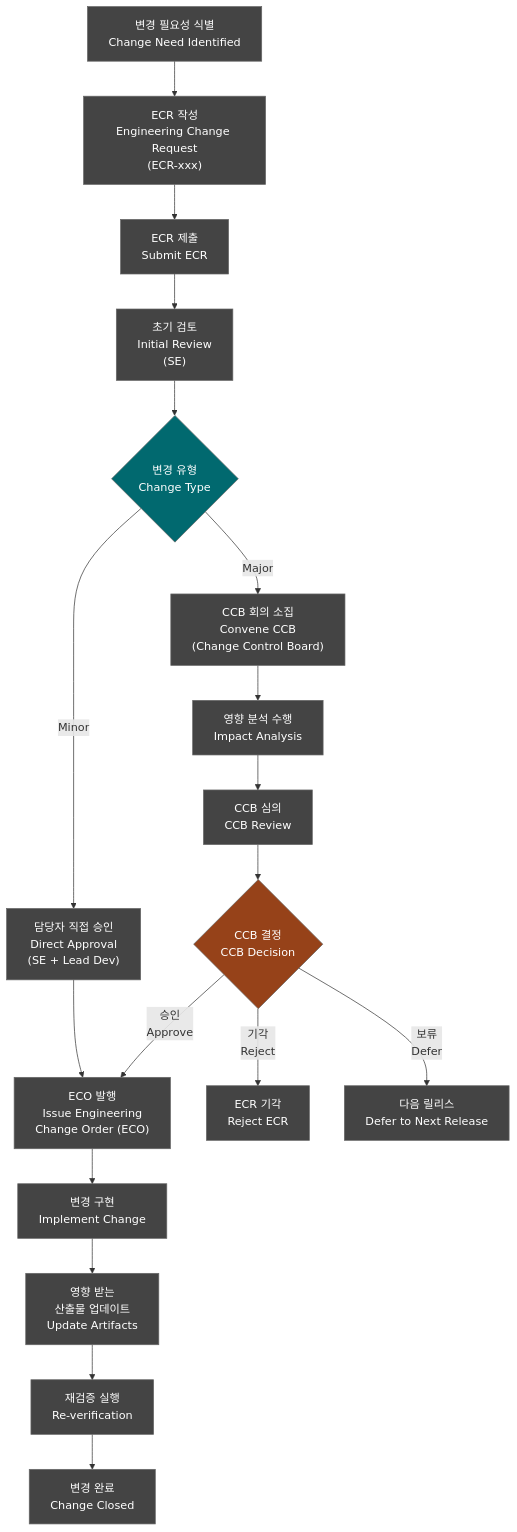
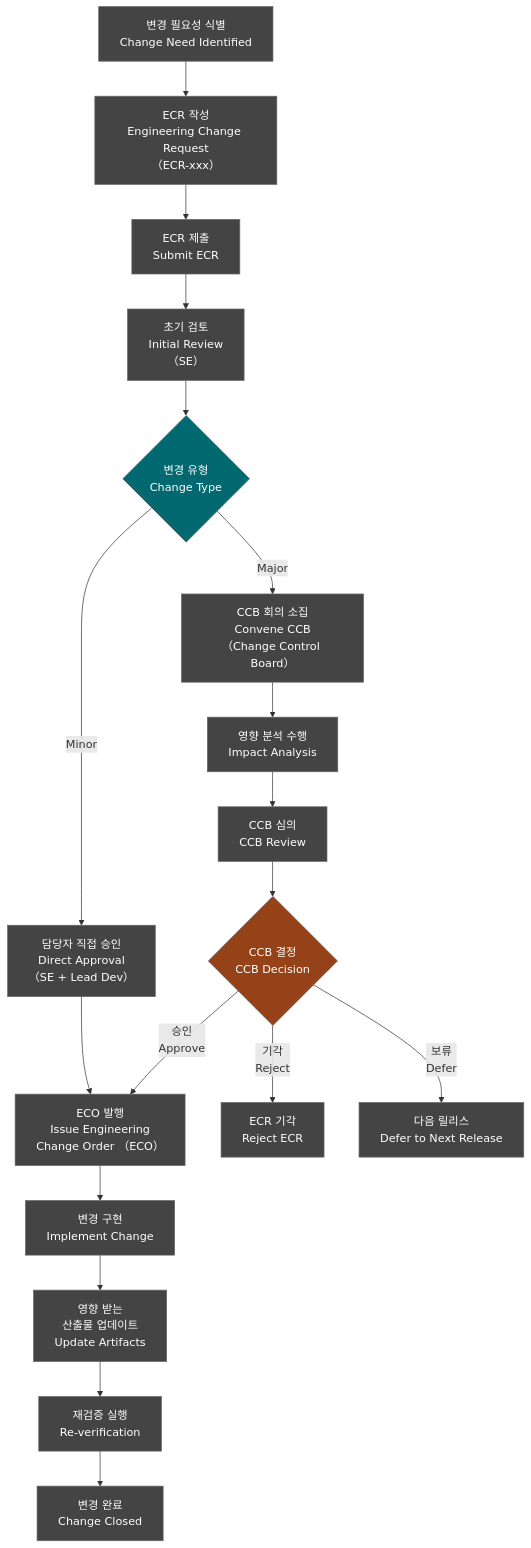
Before and after one commit to holee9/console-gui: diagram 14 of 15 in docs/management/DOC-003a_SW_Development_Procedure_v1.0.md, drawn with Mermaid. The commit also changed other lines of this file and 22 other files, not shown here.

First line of the commit message:
fix: Mermaid flowchart 노드 내 괄호 파싱 오류 전면 수정

````diff
--- a/docs/management/DOC-003a_SW_Development_Procedure_v1.0.md
+++ b/docs/management/DOC-003a_SW_Development_Procedure_v1.0.md
@@ -1251,24 +1251,24 @@
 ```mermaid
 flowchart TD
     classDef default fill:#444,stroke:#666,color:#fff
-    A["변경 필요성 식별\nChange Need Identified"] --> B["ECR 작성\nEngineering Change Request\n(ECR-xxx)"]
+    A["변경 필요성 식별\nChange Need Identified"] --> B["ECR 작성\nEngineering Change Request\n（ECR-xxx）"]
     B --> C["ECR 제출\nSubmit ECR"]
-    C --> D["초기 검토\nInitial Review\n(SE)"]
+    C --> D["초기 검토\nInitial Review\n（SE）"]
     D --> E{변경 유형\nChange Type}
-    E -->|"Minor"| F["담당자 직접 승인\nDirect Approval\n(SE + Lead Dev)"]
-    E -->|"Major"| G["CCB 회의 소집\nConvene CCB\n(Change Control Board)"]
+    E -->|"Minor"| F["담당자 직접 승인\nDirect Approval\n（SE + Lead Dev）"]
+    E -->|"Major"| G["CCB 회의 소집\nConvene CCB\n（Change Control Board）"]
     G --> H["영향 분석 수행\nImpact Analysis"]
     H --> I["CCB 심의\nCCB Review"]
     I --> J{CCB 결정\nCCB Decision}
-    J -->|"승인\nApprove"| K["ECO 발행\nIssue Engineering\nChange Order (ECO)"]
+    J -->|"승인\nApprove"| K["ECO 발행\nIssue Engineering\nChange Order （ECO）"]
     J -->|"기각\nReject"| L["ECR 기각\nReject ECR"]
     J -->|"보류\nDefer"| M["다음 릴리스\nDefer to Next Release"]
     F --> K
     K --> N["변경 구현\nImplement Change"]
     N --> O["영향 받는\n산출물 업데이트\nUpdate Artifacts"]
     O --> P["재검증 실행\nRe-verification"]
     P --> Q["변경 완료\nChange Closed"]
 
     style J fill:#964219,color:#fff
     style E fill:#01696F,color:#fff
 ```
````
